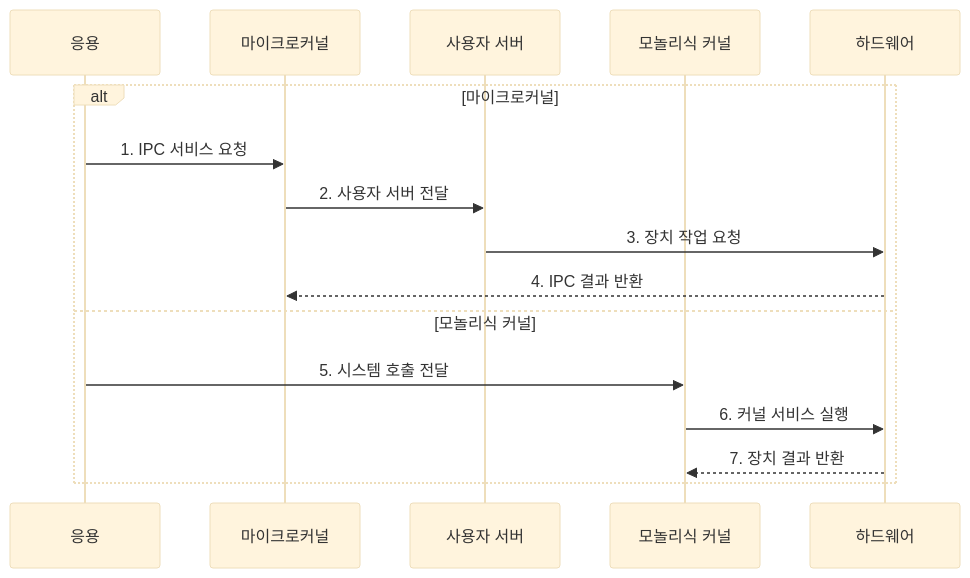
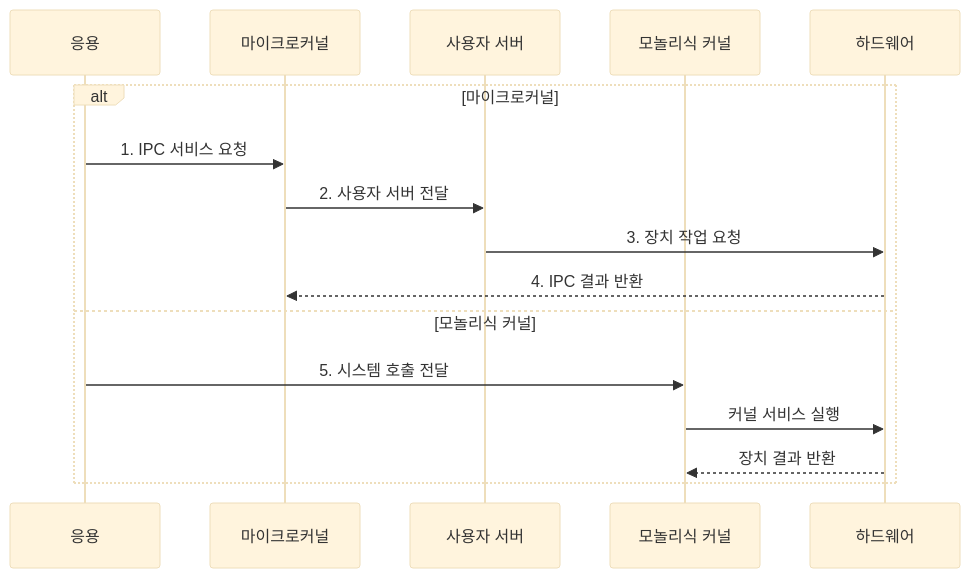
One commit to agnusdei1207/knowledge-base changed the second of 2 diagrams in src/content/docs/notes/03-software/024_microkernel_vs_monolithic.md. Above: the diagram before and after it, drawn with Mermaid (base theme). The commit also changed other lines of this file and 238 other files, not shown here.

````diff
--- a/src/content/docs/notes/03-software/024_microkernel_vs_monolithic.md
+++ b/src/content/docs/notes/03-software/024_microkernel_vs_monolithic.md
@@ -86,18 +89,18 @@
 ```mermaid
 sequenceDiagram
     participant A as 응용
     participant M as 마이크로커널
     participant S as 사용자 서버
     participant K as 모놀리식 커널
     participant H as 하드웨어
     alt 마이크로커널
         A->>M: 1. IPC 서비스 요청
         M->>S: 2. 사용자 서버 전달
         S->>H: 3. 장치 작업 요청
         H-->>M: 4. IPC 결과 반환
     else 모놀리식 커널
         A->>K: 5. 시스템 호출 전달
-        K->>H: 6. 커널 서비스 실행
-        H-->>K: 7. 장치 결과 반환
+        K->>H: 커널 서비스 실행
+        H-->>K: 장치 결과 반환
     end
 ```
````
